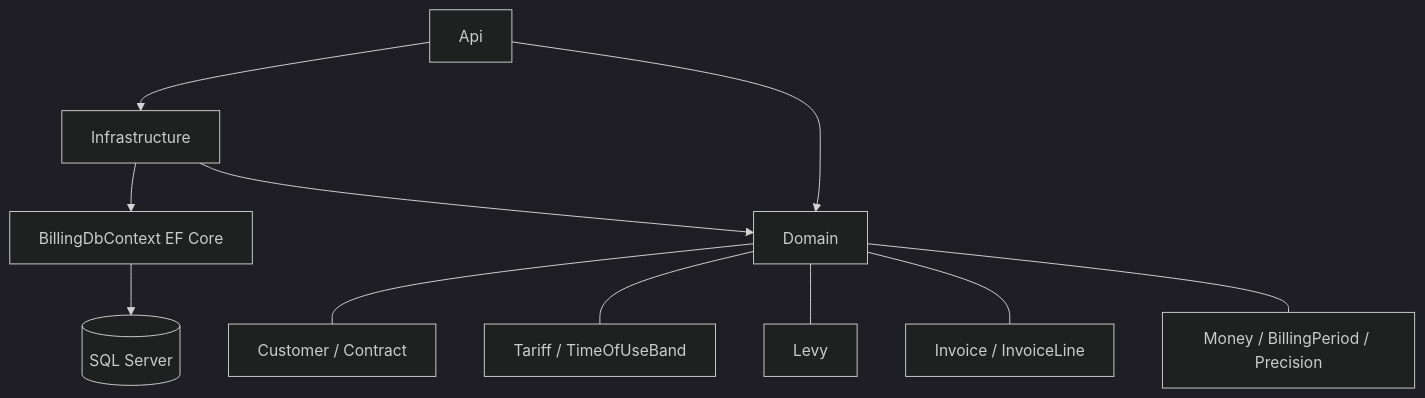
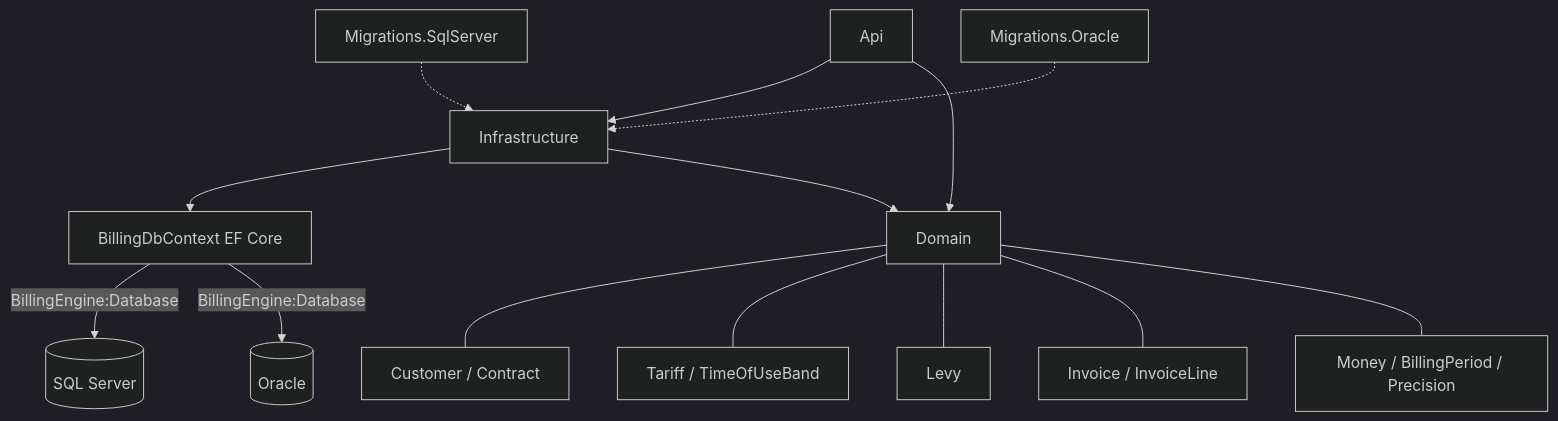
One commit to hanan-raza/energy-billing-engine changed the diagram in README.md. Above: the diagram before and after it, drawn with Mermaid (dark theme). The commit also changed other lines of this file, not shown here.

Commit message:
docs: document Oracle setup and integration tests in README

````diff
--- a/README.md
+++ b/README.md
@@ -49,13 +50,16 @@
 ```mermaid
 graph TD
     A[Api] --> C[Infrastructure]
     C --> D[BillingDbContext EF Core]
-    D --> E[(SQL Server)]
+    D -- BillingEngine:Database --> E[(SQL Server)]
+    D -- BillingEngine:Database --> F[(Oracle)]
+    M1[Migrations.SqlServer] -.-> C
+    M2[Migrations.Oracle] -.-> C
     C --> B[Domain]
     A --> B
     B --- B1[Customer / Contract]
     B --- B2[Tariff / TimeOfUseBand]
     B --- B3[Levy]
     B --- B4[Invoice / InvoiceLine]
     B --- B5[Money / BillingPeriod / Precision]
 ```
````
